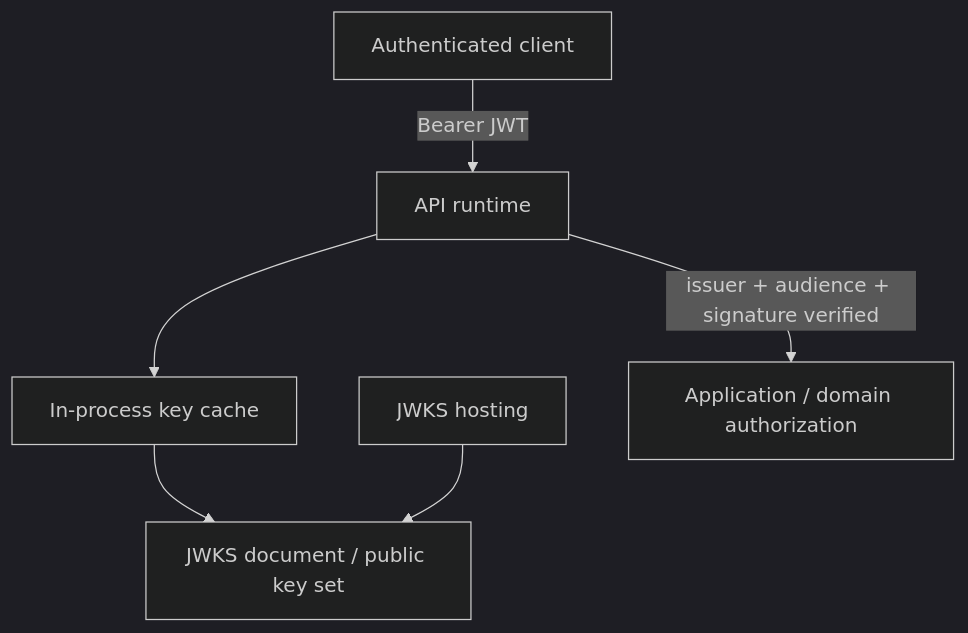
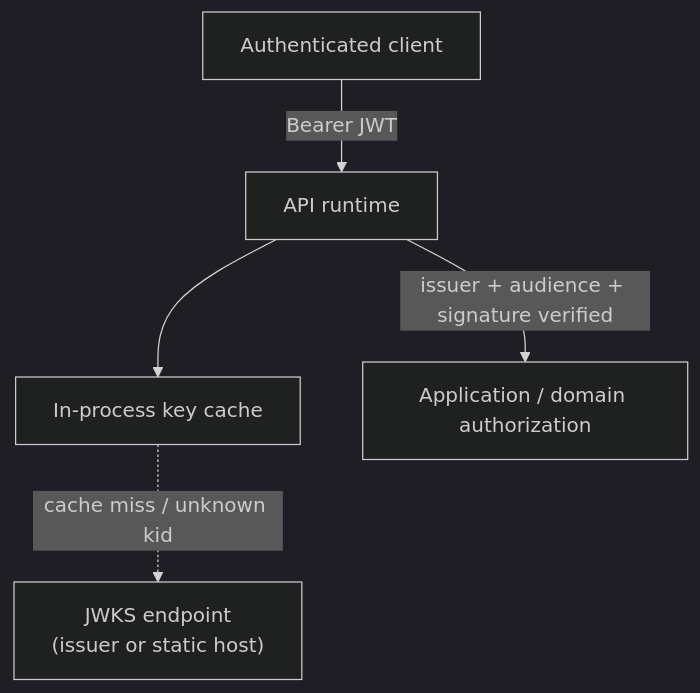
The diagram in auth.md (mjgp2/aws-backend-services-guidelines), drawn with Mermaid (dark theme) before and after one commit. The commit also changed other lines of this file and 11 other files, not shown here.

````diff
--- a/auth.md
+++ b/auth.md
@@ -9,15 +9,13 @@
 ```mermaid
 flowchart TD
     client["Authenticated client"]
     api["API runtime"]
-    jwks["JWKS document / public key set"]
     cache["In-process key cache"]
-    static["JWKS hosting"]
+    jwksendpoint["JWKS endpoint<br/>(issuer or static host)"]
     authz["Application / domain authorization"]
 
     client -->|Bearer JWT| api
     api --> cache
-    cache --> jwks
-    static --> jwks
+    cache -. "cache miss / unknown kid" .-> jwksendpoint
     api -->|issuer + audience + signature verified| authz
 ```
````
